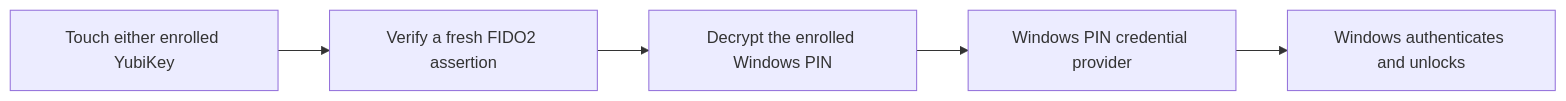
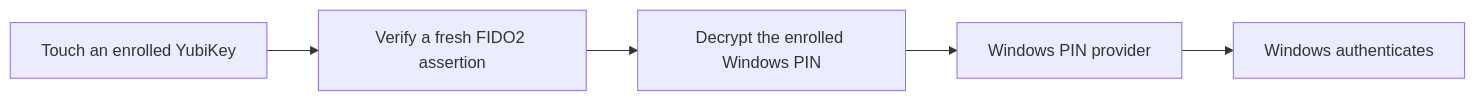
Before and after one commit to VrtxOmega/sovereign-windows-auth: the diagram in README.md, drawn with Mermaid. The commit also changed other lines of this file and 28 other files, not shown here.

````diff
--- a/README.md
+++ b/README.md
@@ -39,7 +84,7 @@
 ```mermaid
 flowchart LR
-    A[Touch either enrolled YubiKey] --> B[Verify a fresh FIDO2 assertion]
-    B --> C[Decrypt the enrolled Windows PIN]
-    C --> D[Windows PIN credential provider]
-    D --> E[Windows authenticates and unlocks]
+    A["Touch an enrolled YubiKey"] --> B["Verify a fresh FIDO2 assertion"]
+    B --> C["Decrypt the enrolled Windows PIN"]
+    C --> D["Windows PIN provider"]
+    D --> E["Windows authenticates"]
 ```
````
